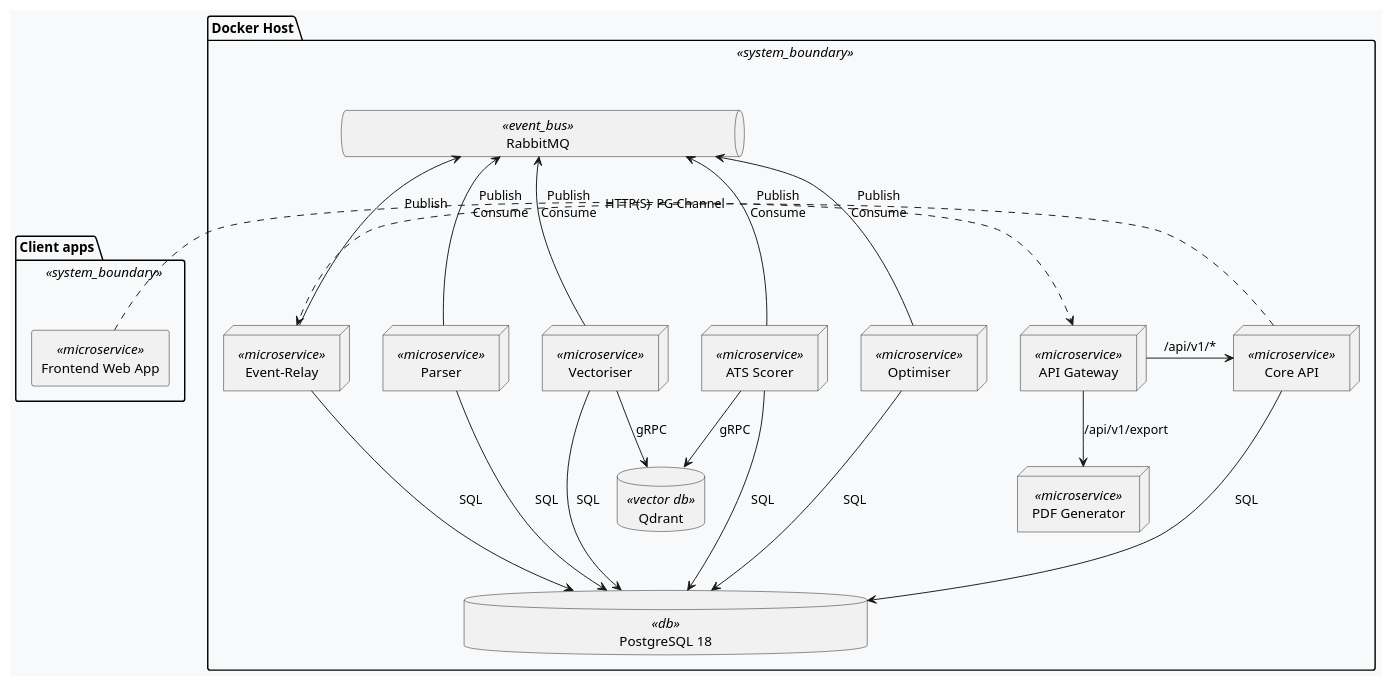
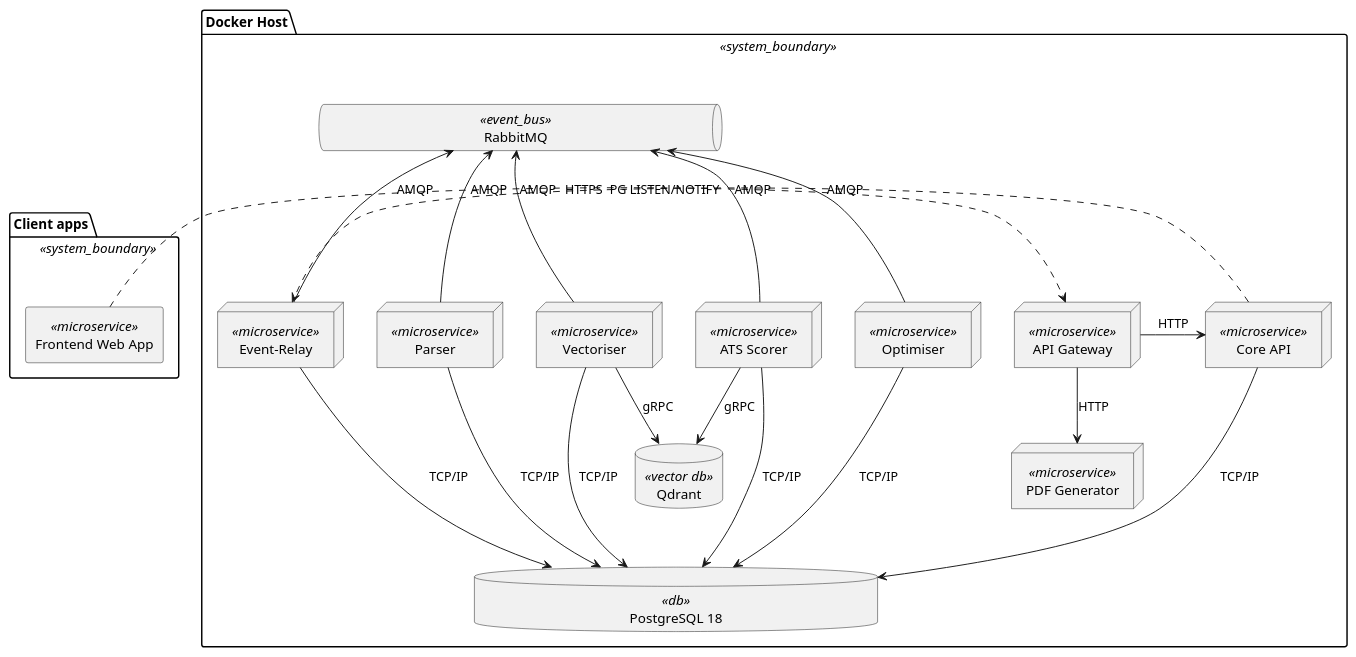
Before and after one commit to GetJobAI/infra: the diagram in assets/deplyment.pu, drawn with PlantUML. The commit also changed 7 other files, not shown here.

Commit message:
fix: updated diagrams

```diff
--- a/assets/deplyment.pu
+++ b/assets/deplyment.pu
@@ -1,59 +1,58 @@
 @startuml
 
-skinparam backgroundColor #F8F9FA
 skinparam defaultTextAlignment center
 
 <style>
 .db {
     MinimumWidth 400
 }
 .event_bus {
     MinimumWidth 400
 }
 </style>
 
 package "Client apps" <<system_boundary>> {
     rectangle "Frontend Web App" as frontend <<microservice>>
 }
 
 package "Docker Host" <<system_boundary>> {
     node "API Gateway" as gateway <<microservice>>
 
     node "Core API" as core_api <<microservice>>
     node "Event-Relay" as event_relay <<microservice>>
     node "Vectoriser" as vectoriser <<microservice>>
     node "Parser" as parser <<microservice>>
     node "Optimiser" as optimiser <<microservice>>
     node "ATS Scorer" as ats_scorer <<microservice>>
     node "PDF Generator" as pdf_generator <<microservice>>
 
     database "PostgreSQL 18" as db <<db>>
     database "Qdrant" as qdrant <<vector db>>
 
     queue "RabbitMQ" as rmq <<event_bus>>
 }
 
 
-frontend .r.> gateway : HTTP(S)
+frontend .r.> gateway : HTTPS
 
-gateway -r-> core_api : /api/v1/*
-gateway --> pdf_generator : /api/v1/export
-core_api .r.> event_relay : PG Channel
+gateway -r-> core_api : HTTP
+gateway --> pdf_generator : HTTP
+core_api .r.> event_relay : PG LISTEN/NOTIFY
 
-core_api ---> db : SQL
-event_relay ---> db : SQL
-vectoriser ---> db : SQL
-ats_scorer ---> db : SQL
-parser ---> db : SQL
-optimiser ---> db : SQL
+core_api ---> db : TCP/IP
+event_relay ---> db : TCP/IP
+vectoriser ---> db : TCP/IP
+ats_scorer ---> db : TCP/IP
+parser ---> db : TCP/IP
+optimiser ---> db : TCP/IP
 
 vectoriser --> qdrant : gRPC
 ats_scorer --> qdrant : gRPC
 
-event_relay -up-> rmq : Publish
-vectoriser -up-> rmq : Publish\nConsume
-ats_scorer -up-> rmq : Publish\nConsume
-parser -up-> rmq : Publish\nConsume
-optimiser -up-> rmq : Publish\nConsume
+event_relay -up-> rmq : AMQP
+vectoriser -up-> rmq : AMQP
+ats_scorer -up-> rmq : AMQP
+parser -up-> rmq : AMQP
+optimiser -up-> rmq : AMQP
 
 @enduml
```
